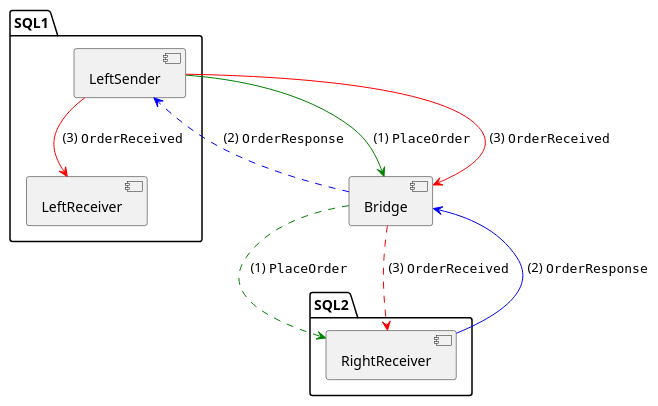
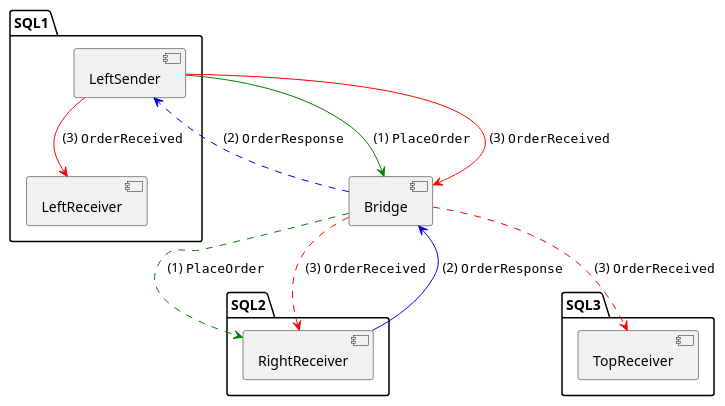
Before and after one commit to rioka/nsb-bridge-experiments: the second of 3 diagrams in README.md, drawn with PlantUML. The commit also changed other lines of this file, not shown here.

````diff
--- a/README.md
+++ b/README.md
@@ -34,26 +37,31 @@
 ```puml
 @startuml
 
 package "SQL1" {
   component LeftSender as ls
   component LeftReceiver as lr
 }
 
 package "SQL2" {
   component RightReceiver as rr
+}
+
+package "SQL3" {
+  component TopReceiver as tr
 }
 
 component Bridge as b
 
 ls -[#green]-> b : " (1) ""PlaceOrder"""
 ls -[#red]-> lr : " (3) ""OrderReceived"""
 ls -[#red]-> b : " (3) ""OrderReceived"""
 
 rr -[#blue]-> b : " (2) ""OrderResponse"""
 b -[#blue,dashed]-> ls : " (2) ""OrderResponse"""
 
 b -[#green,dashed]-> rr : " (1) ""PlaceOrder"""
 b -[#red,dashed]-> rr : " (3) ""OrderReceived"""
+b -[#red,dashed]-> tr : " (3) ""OrderReceived"""
 
 @enduml
 ```
````
